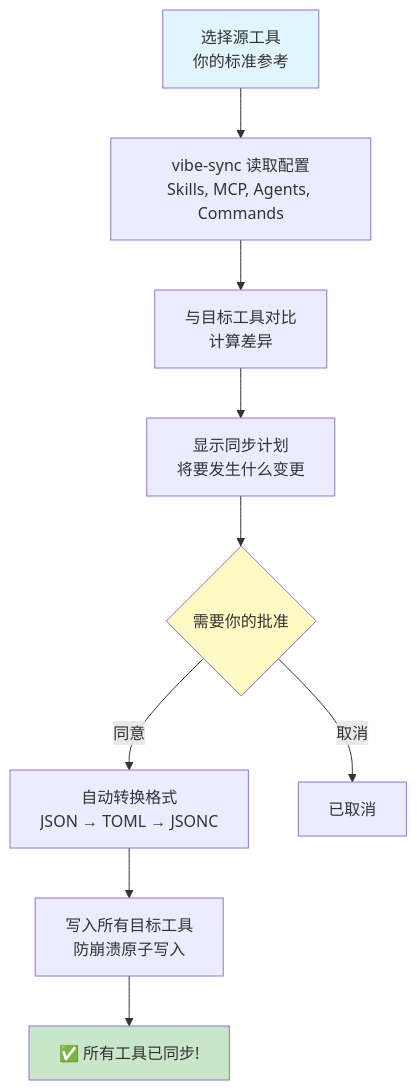
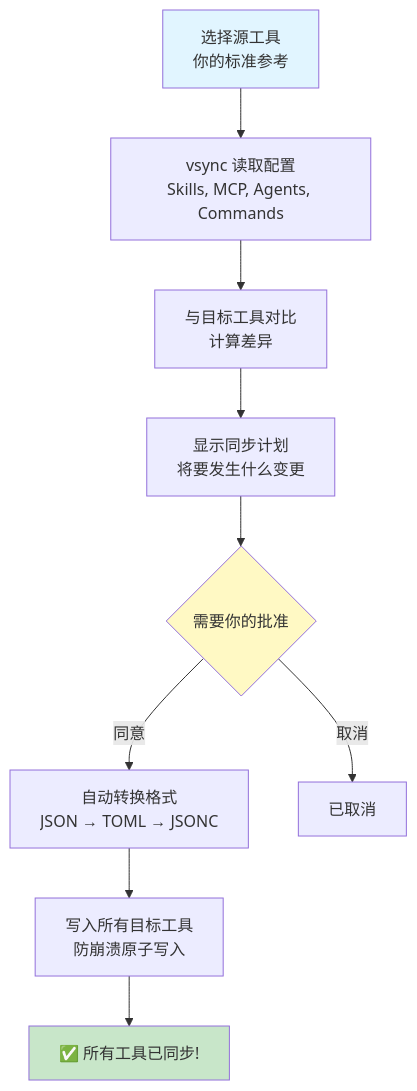
Before and after one commit to nicepkg/vsync: the diagram in README_cn.md, drawn with Mermaid. The commit also changed other lines of this file and 90 other files, not shown here.

Commit message:
refactor: rename vibe-sync to vsync across the project

````diff
--- a/README_cn.md
+++ b/README_cn.md
@@ -72,15 +72,15 @@
 ```mermaid
 flowchart TD
-    A[选择源工具<br/>你的标准参考] --> B[vibe-sync 读取配置<br/>Skills, MCP, Agents, Commands]
+    A[选择源工具<br/>你的标准参考] --> B[vsync 读取配置<br/>Skills, MCP, Agents, Commands]
     B --> C[与目标工具对比<br/>计算差异]
     C --> D[显示同步计划<br/>将要发生什么变更]
     D --> E{需要你的批准}
     E -->|同意| F[自动转换格式<br/>JSON → TOML → JSONC]
     E -->|取消| G[已取消]
     F --> H[写入所有目标工具<br/>防崩溃原子写入]
     H --> I[✅ 所有工具已同步!]
 
     style A fill:#e1f5ff
     style I fill:#c8e6c9
     style E fill:#fff9c4
 ```
````
